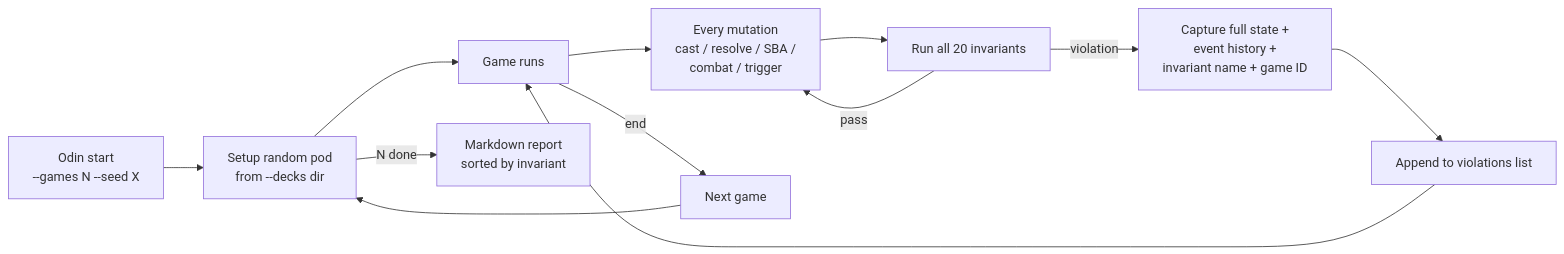
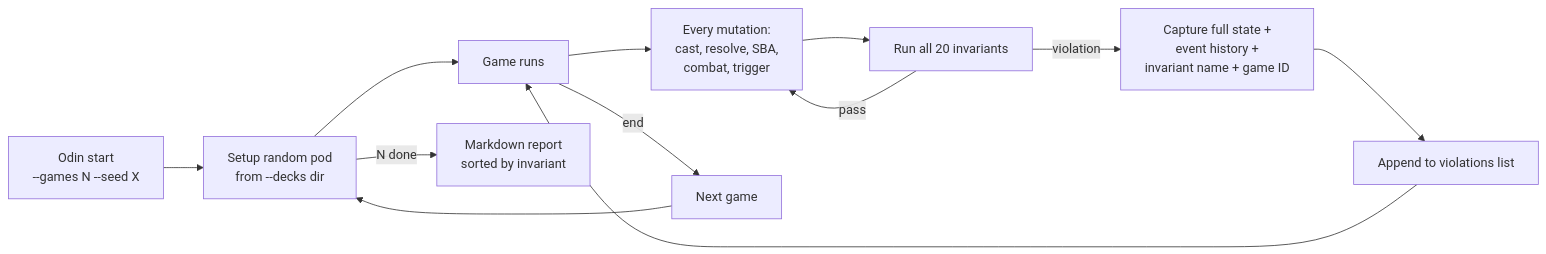
One commit to HexDek/HexDek changed the diagram in docs/Tool - Odin.md. Above: the diagram before and after it, drawn with Mermaid. The commit also changed other lines of this file and 18 other files, not shown here.

````diff
--- a/docs/Tool - Odin.md
+++ b/docs/Tool - Odin.md
@@ -10,14 +21,14 @@
 ```mermaid
 flowchart LR
     Start[Odin start<br/>--games N --seed X] --> Setup[Setup random pod<br/>from --decks dir]
     Setup --> Game[Game runs]
-    Game --> Mut[Every mutation<br/>cast / resolve / SBA /<br/>combat / trigger]
+    Game --> Mut[Every mutation:<br/>cast, resolve, SBA,<br/>combat, trigger]
     Mut --> Check[Run all 20 invariants]
     Check -- pass --> Mut
     Check -- violation --> Capture[Capture full state +<br/>event history +<br/>invariant name + game ID]
     Capture --> Log[Append to violations list]
     Log --> Game
     Game -- end --> Next[Next game]
     Next --> Setup
     Setup -- N done --> Report[Markdown report<br/>sorted by invariant]
 ```
````
